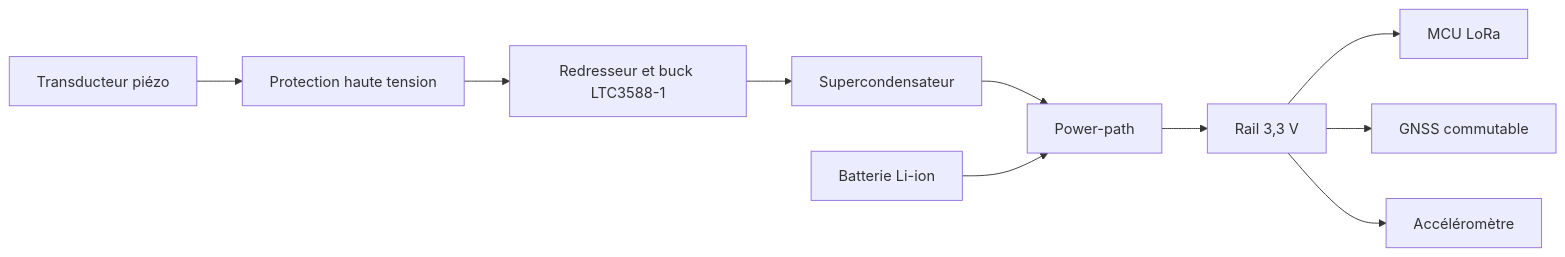
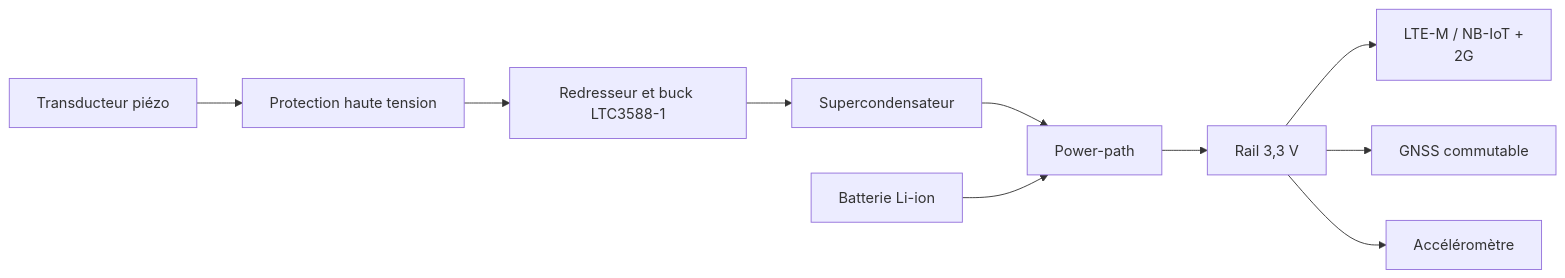
The third of 3 diagrams in README.md (bachirstudies-lang/Keep_Tracking), drawn with Mermaid before and after one commit. The commit also changed other lines of this file, not shown here.

````diff
--- a/README.md
+++ b/README.md
@@ -152,12 +153,13 @@
 ```mermaid
 flowchart LR
     P[Transducteur piézo] --> T[Protection haute tension]
     T --> R[Redresseur et buck LTC3588-1]
     R --> S[Supercondensateur]
     S --> PP[Power-path]
     B[Batterie Li-ion] --> PP
     PP --> V[Rail 3,3 V]
-    V --> M[MCU LoRa]
+    V --> M[ LTE-M / NB-IoT +
+2G]
     V --> G[GNSS commutable]
     V --> A[Accéléromètre]
 ```
````
